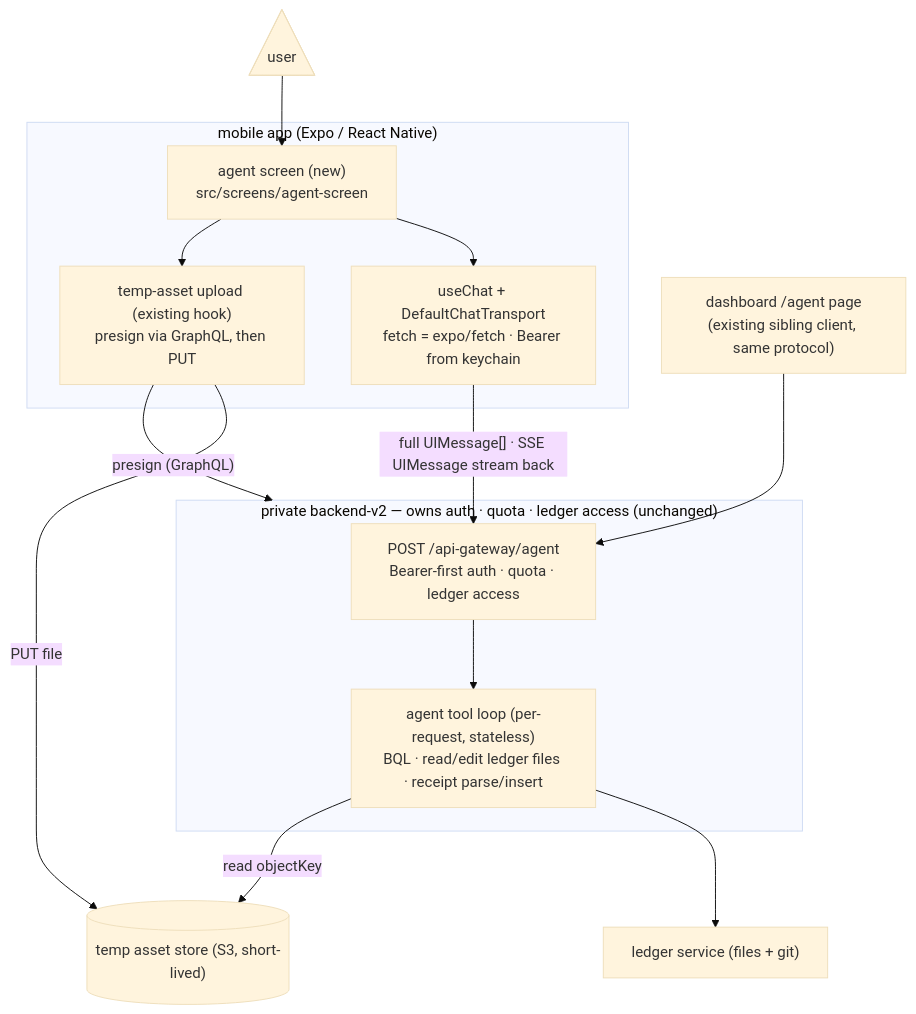
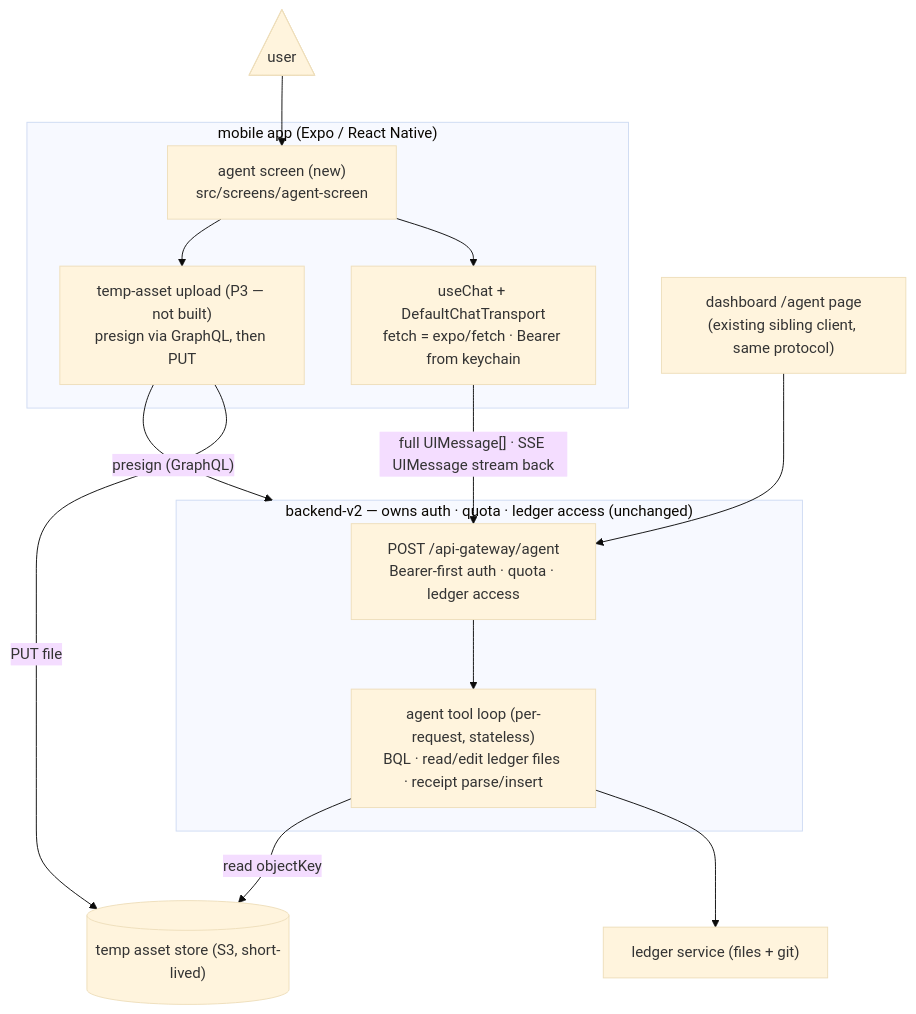
Before and after one commit to bex-co/beancount-io: the first of 2 diagrams in docs/adrs/ADR002-mobile-ai-assistant.md, drawn with Mermaid (base theme). The commit also changed other lines of this file and 17 other files, not shown here.

````diff
--- a/docs/adrs/ADR002-mobile-ai-assistant.md
+++ b/docs/adrs/ADR002-mobile-ai-assistant.md
@@ -48,31 +50,31 @@
 ```mermaid
 flowchart TB
   user@{ shape: tri, label: "user" }
 
   subgraph mobile["mobile app (Expo / React Native)"]
     screen["agent screen (new)<br/>src/screens/agent-screen"]
     chat["useChat + DefaultChatTransport<br/>fetch = expo/fetch · Bearer from keychain"]
-    upload["temp-asset upload (existing hook)<br/>presign via GraphQL, then PUT"]
+    upload["temp-asset upload (P3 — not built)<br/>presign via GraphQL, then PUT"]
   end
 
   dash["dashboard /agent page<br/>(existing sibling client, same protocol)"]
 
-  subgraph be["private backend-v2 — owns auth · quota · ledger access (unchanged)"]
+  subgraph be["backend-v2 — owns auth · quota · ledger access (unchanged)"]
     route["POST /api-gateway/agent<br/>Bearer-first auth · quota · ledger access"]
     agent["agent tool loop (per-request, stateless)<br/>BQL · read/edit ledger files · receipt parse/insert"]
   end
 
   s3[("temp asset store (S3, short-lived)")]
   ledger["ledger service (files + git)"]
 
   user --> screen
   screen --> chat
   screen --> upload
   chat -->|"full UIMessage[] · SSE UIMessage stream back"| route
   dash --> route
   upload -->|"presign (GraphQL)"| be
   upload -->|"PUT file"| s3
   route --> agent
   agent --> ledger
   agent -->|"read objectKey"| s3
 ```
````
